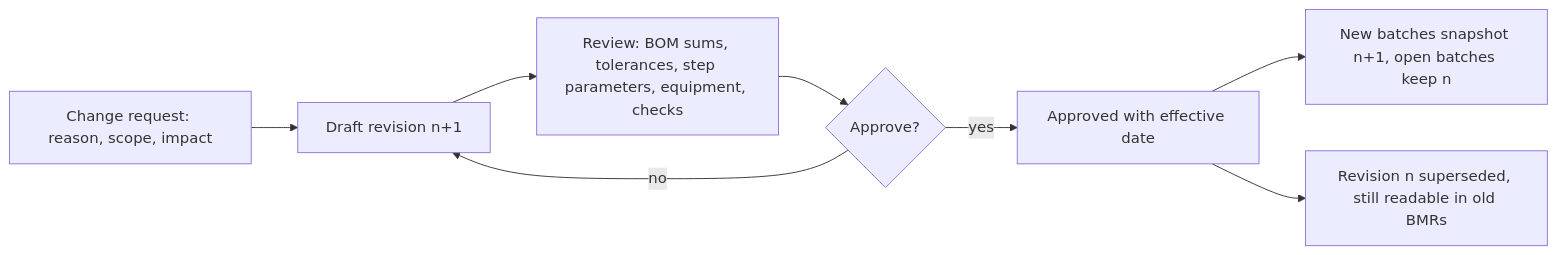
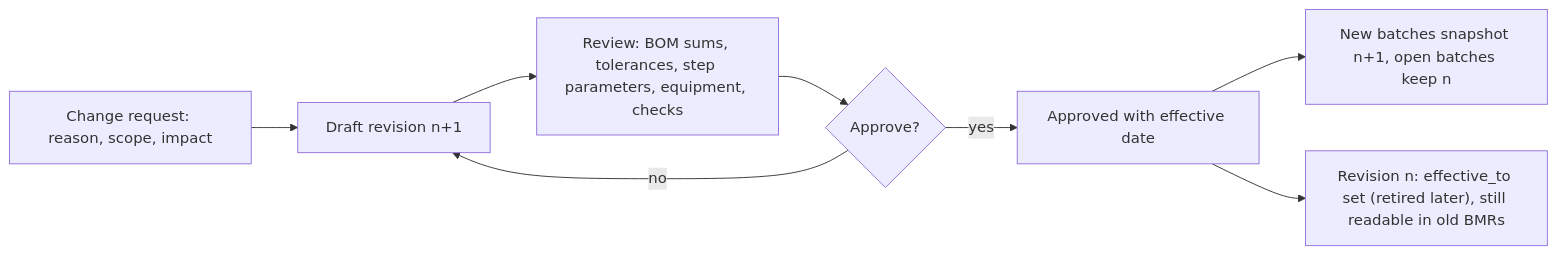
One commit to jaygglypuff/bryels-care changed diagram 11 of 11 in docs/process-maps.md. Above: the diagram before and after it, drawn with Mermaid. The commit also changed other lines of this file, not shown here.

````diff
--- a/docs/process-maps.md
+++ b/docs/process-maps.md
@@ -683,10 +685,10 @@
 ```mermaid
 flowchart LR
   A[Change request: reason, scope, impact] --> B[Draft revision n+1]
   B --> C[Review: BOM sums, tolerances, step parameters, equipment, checks]
   C --> D{Approve?}
   D -- no --> B
   D -- yes --> E[Approved with effective date]
   E --> F[New batches snapshot n+1, open batches keep n]
-  E --> G[Revision n superseded, still readable in old BMRs]
+  E --> G["Revision n: effective_to set (retired later), still readable in old BMRs"]
 ```
````
